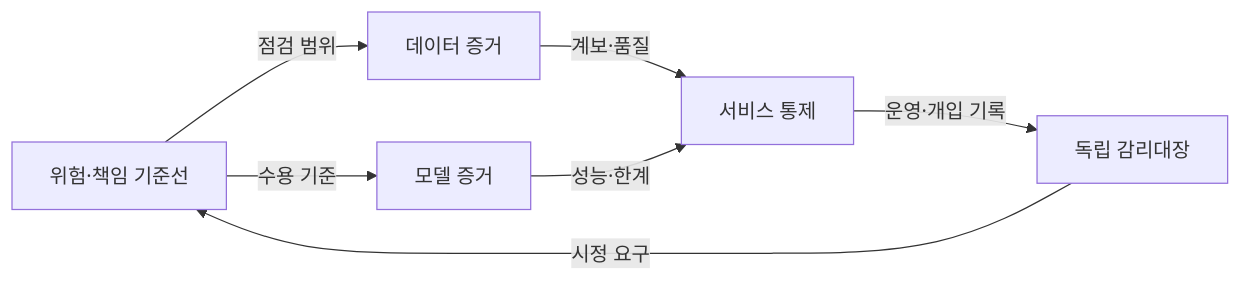
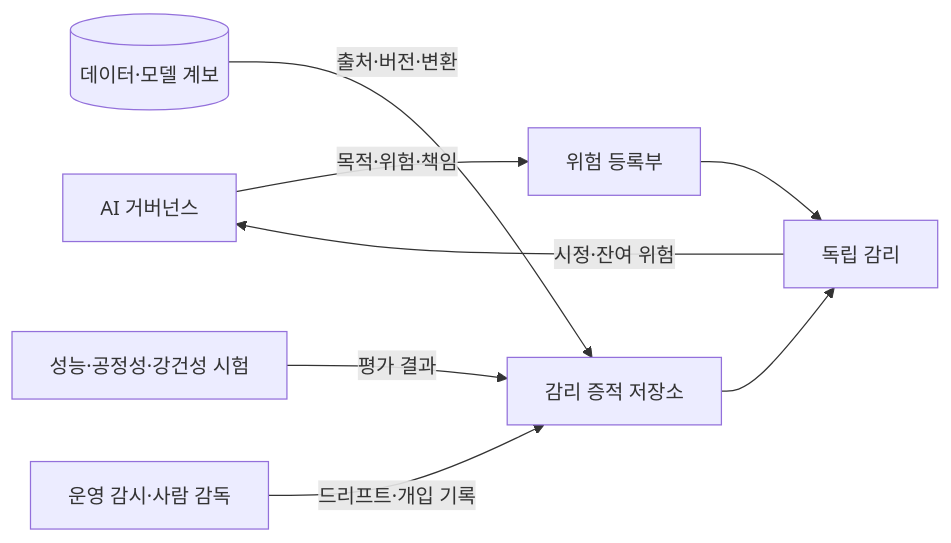
Before and after one commit to agnusdei1207/knowledge-base: the first of 2 diagrams in src/content/docs/notes/03-software/228_ai_software_audit.md, drawn with Mermaid. The commit also changed other lines of this file and 1 other file, not shown here.

````diff
--- a/src/content/docs/notes/03-software/228_ai_software_audit.md
+++ b/src/content/docs/notes/03-software/228_ai_software_audit.md
@@ -54,9 +56,10 @@
 ```mermaid
 flowchart LR
-    A["위험·책임 기준선"] -->|점검 범위| B["데이터 증거"]
-    A -->|수용 기준| C["모델 증거"]
-    B -->|계보·품질| D["서비스 통제"]
-    C -->|성능·한계| D
-    D -->|운영·개입 기록| E["독립 감리대장"]
-    E -->|시정 요구| A
+    G[AI 거버넌스] -->|목적·위험·책임| R[위험 등록부]
+    D[(데이터·모델 계보)] -->|출처·버전·변환| E[감리 증적 저장소]
+    T[성능·공정성·강건성 시험] -->|평가 결과| E
+    O[운영 감시·사람 감독] -->|드리프트·개입 기록| E
+    R --> A[독립 감리]
+    E --> A
+    A -->|시정·잔여 위험| G
 ```
````
